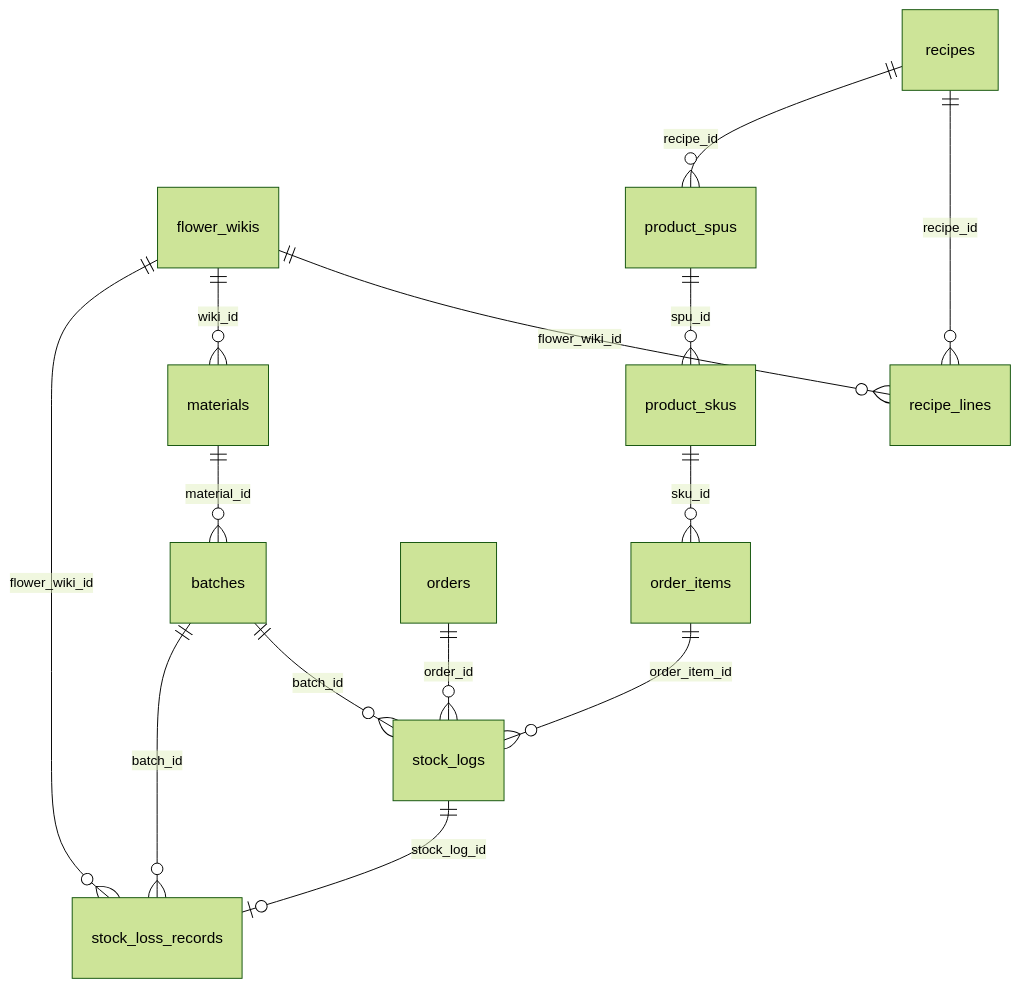
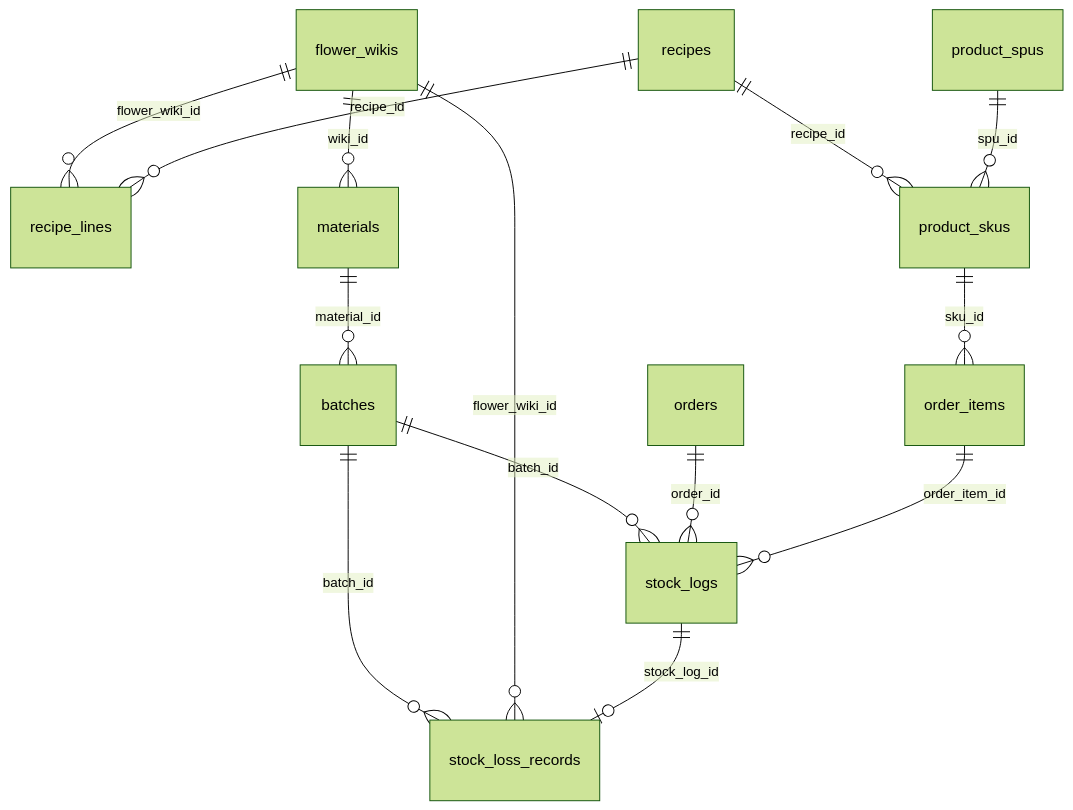
Before and after one commit to movingtea/42_flower_management: the diagram in flower-wms-system/ARCHITECTURE.md, drawn with Mermaid (forest theme). The commit also changed other lines of this file and 44 other files, not shown here.

````diff
--- a/flower-wms-system/ARCHITECTURE.md
+++ b/flower-wms-system/ARCHITECTURE.md
@@ -492,16 +578,16 @@
 ```mermaid
 erDiagram
   flower_wikis ||--o{ recipe_lines : "flower_wiki_id"
   recipes ||--o{ recipe_lines : "recipe_id"
-  recipes ||--o{ product_spus : "recipe_id"
+  recipes ||--o{ product_skus : "recipe_id"
   flower_wikis ||--o{ materials : "wiki_id"
   materials ||--o{ batches : "material_id"
   batches ||--o{ stock_logs : "batch_id"
   batches ||--o{ stock_loss_records : "batch_id"
   flower_wikis ||--o{ stock_loss_records : "flower_wiki_id"
   stock_logs ||--o| stock_loss_records : "stock_log_id"
   product_spus ||--o{ product_skus : "spu_id"
   product_skus ||--o{ order_items : "sku_id"
   orders ||--o{ stock_logs : "order_id"
   order_items ||--o{ stock_logs : "order_item_id"
 ```
````
